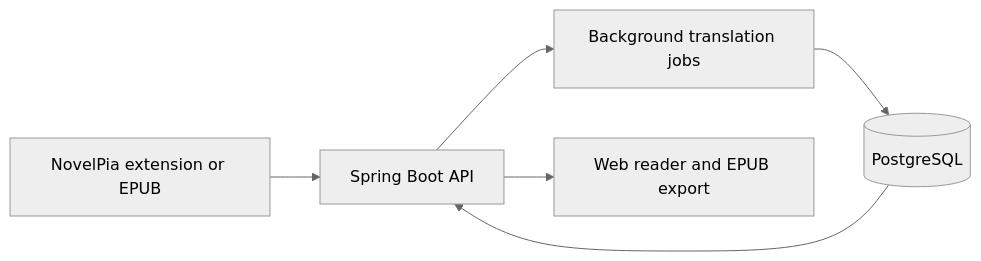
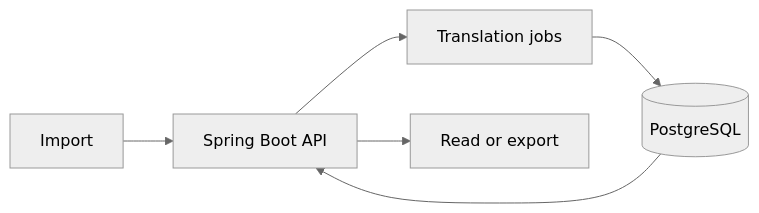
The diagram in README.md (bueleaf/Project-showcase), drawn with Mermaid (neutral theme) before and after one commit.

Commit message:
Update README.md mermaid block

````diff
--- a/README.md
+++ b/README.md
@@ -23,8 +23,8 @@
 ```mermaid
 flowchart LR
-    A["NovelPia extension or EPUB"] --> B["Spring Boot API"]
-    B --> C["Background translation jobs"]
+    A["Import"] --> B["Spring Boot API"]
+    B --> C["Translation jobs"]
     C --> D[("PostgreSQL")]
-    B --> E["Web reader and EPUB export"]
     D --> B
+    B --> E["Read or export"]
 ```
````
